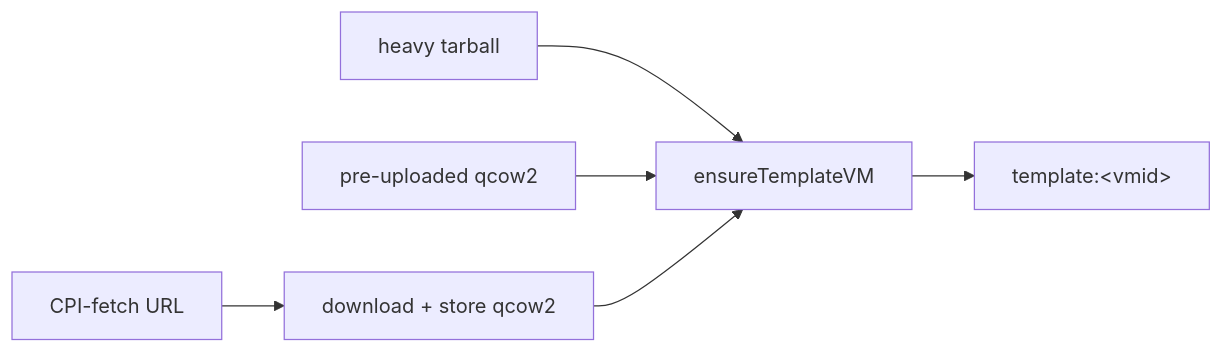
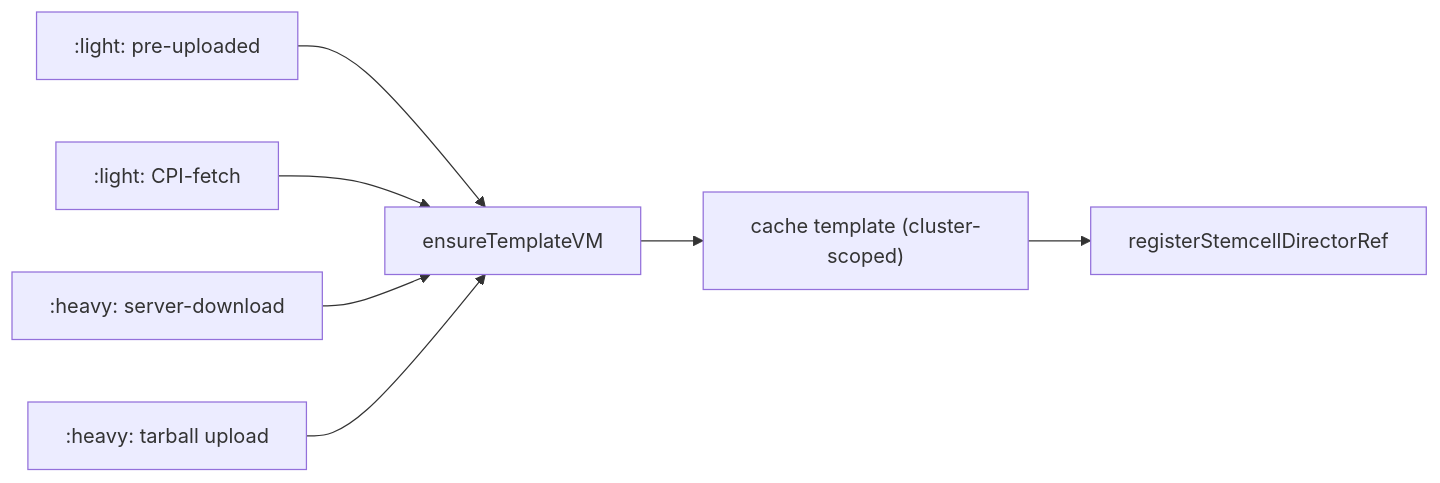
Before and after one commit to fivetwenty-io/bosh-proxmox-cpi-release: the second of 2 diagrams in docs/light-stemcells.md, drawn with Mermaid. The commit also changed other lines of this file and 15 other files, not shown here.

````diff
--- a/docs/light-stemcells.md
+++ b/docs/light-stemcells.md
@@ -257,7 +272,9 @@
 ```mermaid
 flowchart LR
-    A[heavy tarball] --> E[ensureTemplateVM]
-    B[pre-uploaded qcow2] --> E
-    C[CPI-fetch URL] --> D[download + store qcow2] --> E
-    E --> F["template:&lt;vmid&gt;"]
+    A[":light: pre-uploaded"] --> E[ensureTemplateVM]
+    B[":light: CPI-fetch"] --> E
+    C[":heavy: server-download"] --> E
+    D[":heavy: tarball upload"] --> E
+    E --> F["cache template (cluster-scoped)"]
+    F --> G["registerStemcellDirectorRef"]
 ```
````
